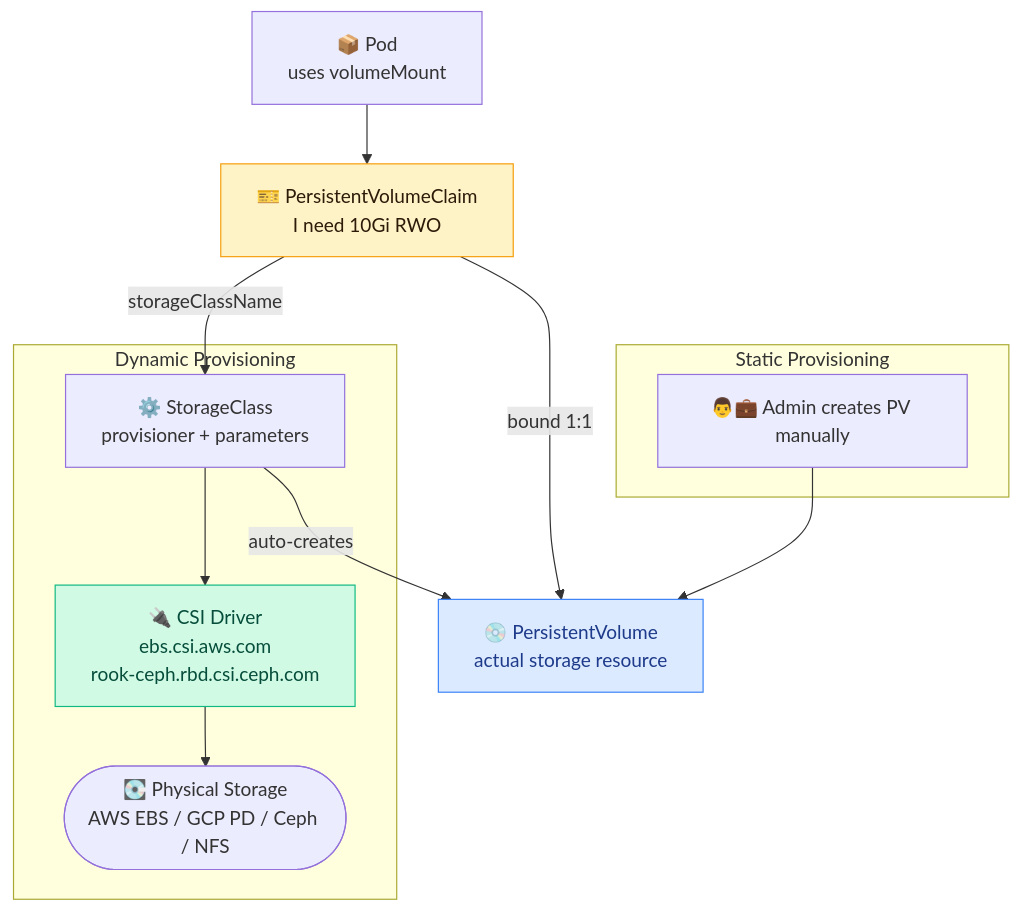
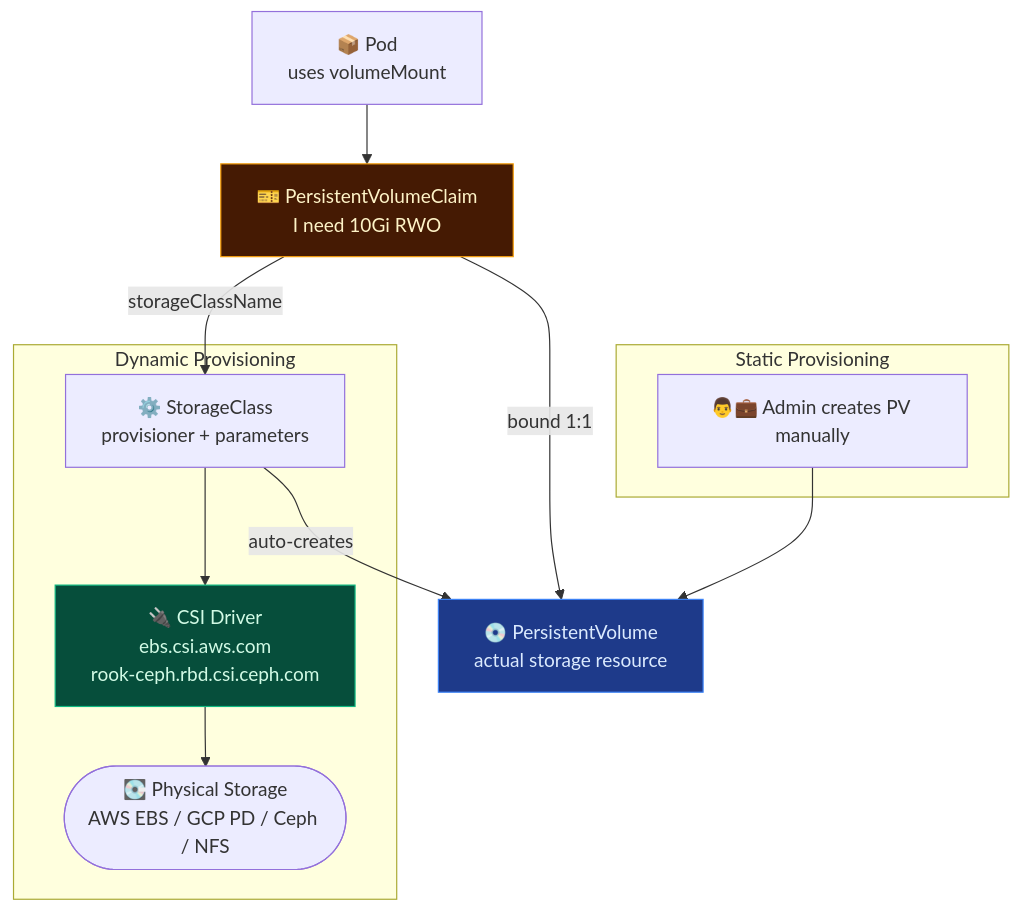
The first of 3 diagrams in content/common/storage/persistent-volumes/persistent-volumes.md (Gautam4424/k8slearn-content), drawn with Mermaid before and after one commit. The commit also changed 5 other files, not shown here.

First line of the commit message:
fix: update mermaid diagram colors and layouts for dark theme

````diff
--- a/content/common/storage/persistent-volumes/persistent-volumes.md
+++ b/content/common/storage/persistent-volumes/persistent-volumes.md
@@ -21,27 +21,27 @@
 ```mermaid
 flowchart TD
     POD["📦 Pod\nuses volumeMount"]
     PVC["🎫 PersistentVolumeClaim\nI need 10Gi RWO"]
     PV["💿 PersistentVolume\nactual storage resource"]
     SC["⚙️ StorageClass\nprovisioner + parameters"]
     CSI["🔌 CSI Driver\nebs.csi.aws.com\nrook-ceph.rbd.csi.ceph.com"]
     DISK(["💽 Physical Storage\nAWS EBS / GCP PD / Ceph / NFS"])
 
     subgraph STATIC["Static Provisioning"]
         ADM["👨💼 Admin creates PV manually"]
     end
 
     subgraph DYNAMIC["Dynamic Provisioning"]
         SC --> CSI --> DISK
     end
 
     POD --> PVC
     PVC -->|"bound 1:1"| PV
     ADM --> PV
     PVC -->|storageClassName| SC
     SC -->|auto-creates| PV
 
-    style PVC fill:#fef3c7,stroke:#f59e0b,color:#2d1a09
-    style PV fill:#dbeafe,stroke:#3b82f6,color:#1e3a8a
-    style CSI fill:#d1fae5,stroke:#10b981,color:#064e3b
+    style PVC fill:#451a03,stroke:#f59e0b,color:#fef3c7
+    style PV fill:#1e3a8a,stroke:#3b82f6,color:#dbeafe
+    style CSI fill:#064e3b,stroke:#10b981,color:#d1fae5
 ```
````
